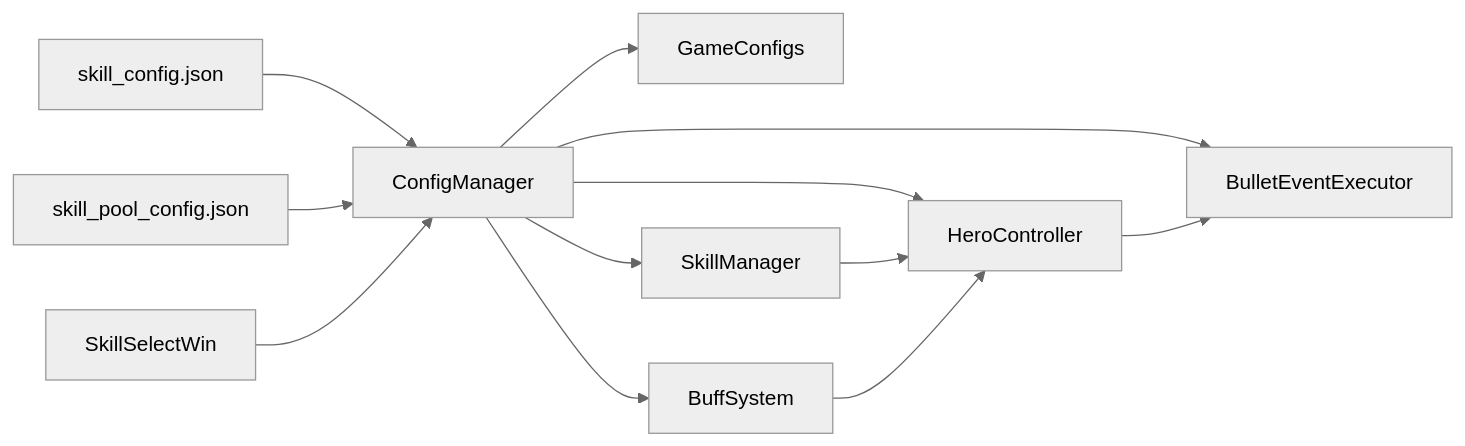
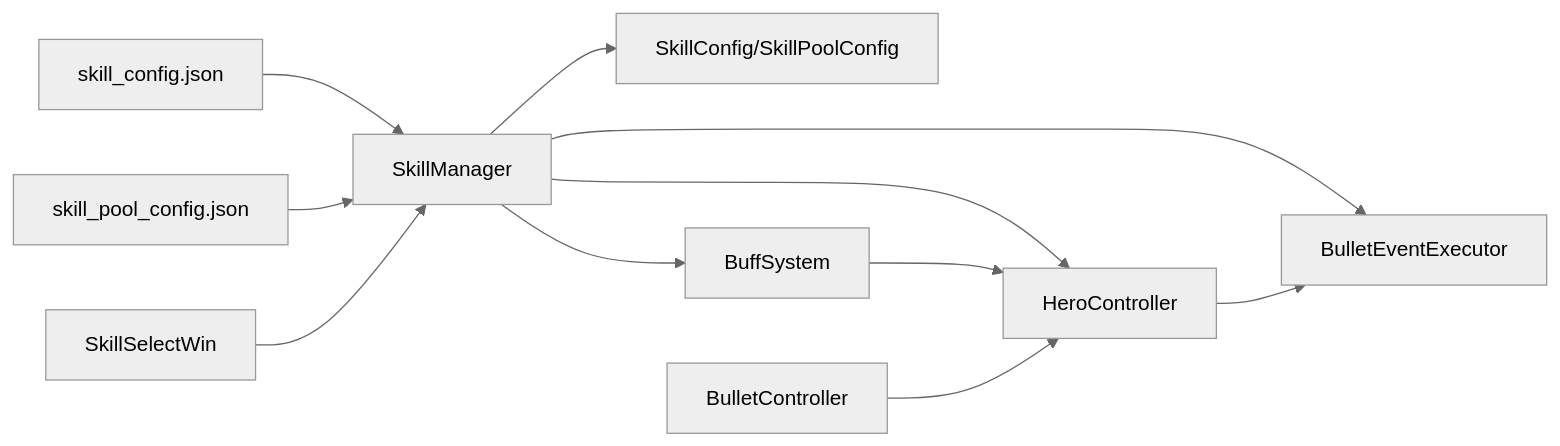
The fourth of 4 diagrams in .qoder/repowiki/zh/content/技能系统/技能配置系统.md (Tuusen/p1_client), drawn with Mermaid (neutral theme) before and after one commit. The commit also changed other lines of this file and 13 other files, not shown here.

````diff
--- a/.qoder/repowiki/zh/content/技能系统/技能配置系统.md
+++ b/.qoder/repowiki/zh/content/技能系统/技能配置系统.md
@@ -314,14 +347,13 @@
 ```mermaid
 graph LR
-SC["skill_config.json"] --> CM["ConfigManager"]
-SPC["skill_pool_config.json"] --> CM
-CM --> GC["GameConfigs"]
-CM --> SM["SkillManager"]
-CM --> HC["HeroController"]
-CM --> BE["BulletEventExecutor"]
-CM --> BS["BuffSystem"]
-SW["SkillSelectWin"] --> CM
-SM --> HC
+SC["skill_config.json"] --> SM["SkillManager"]
+SPC["skill_pool_config.json"] --> SM
+SM --> GC["SkillConfig/SkillPoolConfig"]
+SM --> HC["HeroController"]
+SM --> BE["BulletEventExecutor"]
+SM --> BS["BuffSystem"]
+SW["SkillSelectWin"] --> SM
 HC --> BE
 BS --> HC
+BC["BulletController"] --> HC
 ```
````
